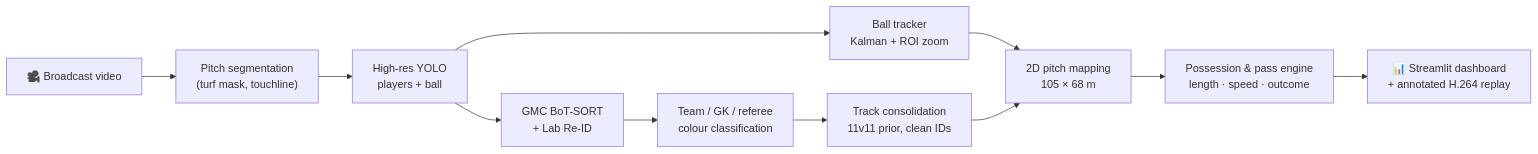
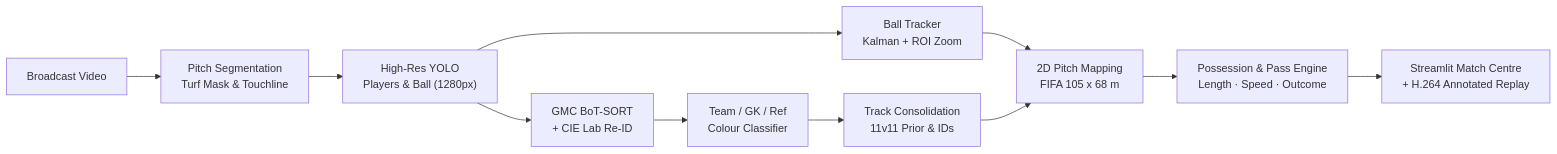
One commit to omerfarukyuce/Footballistic changed the diagram in README.md. Above: the diagram before and after it, drawn with Mermaid. The commit also changed other lines of this file and 9 other files, not shown here.

````diff
--- a/README.md
+++ b/README.md
@@ -84,13 +84,13 @@
 ```mermaid
 flowchart LR
-    A["🎥 Broadcast video"] --> B["Pitch segmentation<br/>(turf mask, touchline)"]
-    B --> C["High-res YOLO<br/>players + ball"]
-    C --> D["GMC BoT-SORT<br/>+ Lab Re-ID"]
-    C --> E["Ball tracker<br/>Kalman + ROI zoom"]
-    D --> F["Team / GK / referee<br/>colour classification"]
-    F --> G["Track consolidation<br/>11v11 prior, clean IDs"]
-    E --> H["2D pitch mapping<br/>105 × 68 m"]
+    A["Broadcast Video"] --> B["Pitch Segmentation<br/>Turf Mask & Touchline"]
+    B --> C["High-Res YOLO<br/>Players & Ball (1280px)"]
+    C --> D["GMC BoT-SORT<br/>+ CIE Lab Re-ID"]
+    C --> E["Ball Tracker<br/>Kalman + ROI Zoom"]
+    D --> F["Team / GK / Ref<br/>Colour Classifier"]
+    F --> G["Track Consolidation<br/>11v11 Prior & IDs"]
+    E --> H["2D Pitch Mapping<br/>FIFA 105 x 68 m"]
     G --> H
-    H --> I["Possession & pass engine<br/>length · speed · outcome"]
-    I --> J["📊 Streamlit dashboard<br/>+ annotated H.264 replay"]
+    H --> I["Possession & Pass Engine<br/>Length · Speed · Outcome"]
+    I --> J["Streamlit Match Centre<br/>+ H.264 Annotated Replay"]
 ```
````
